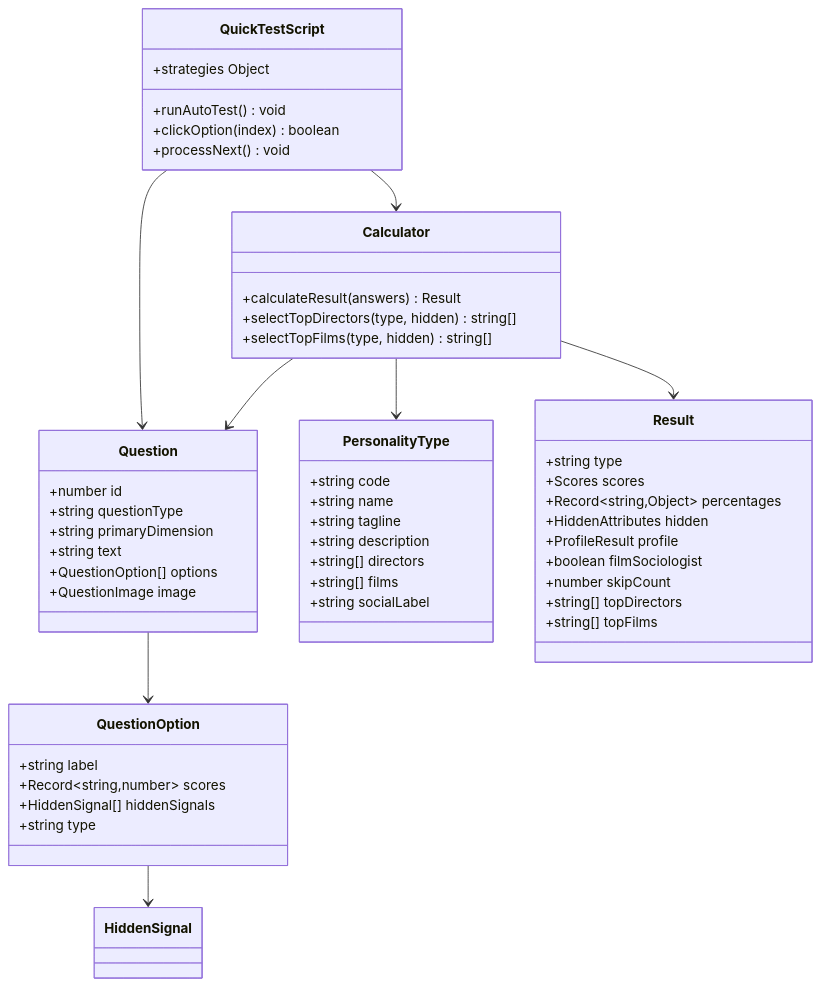
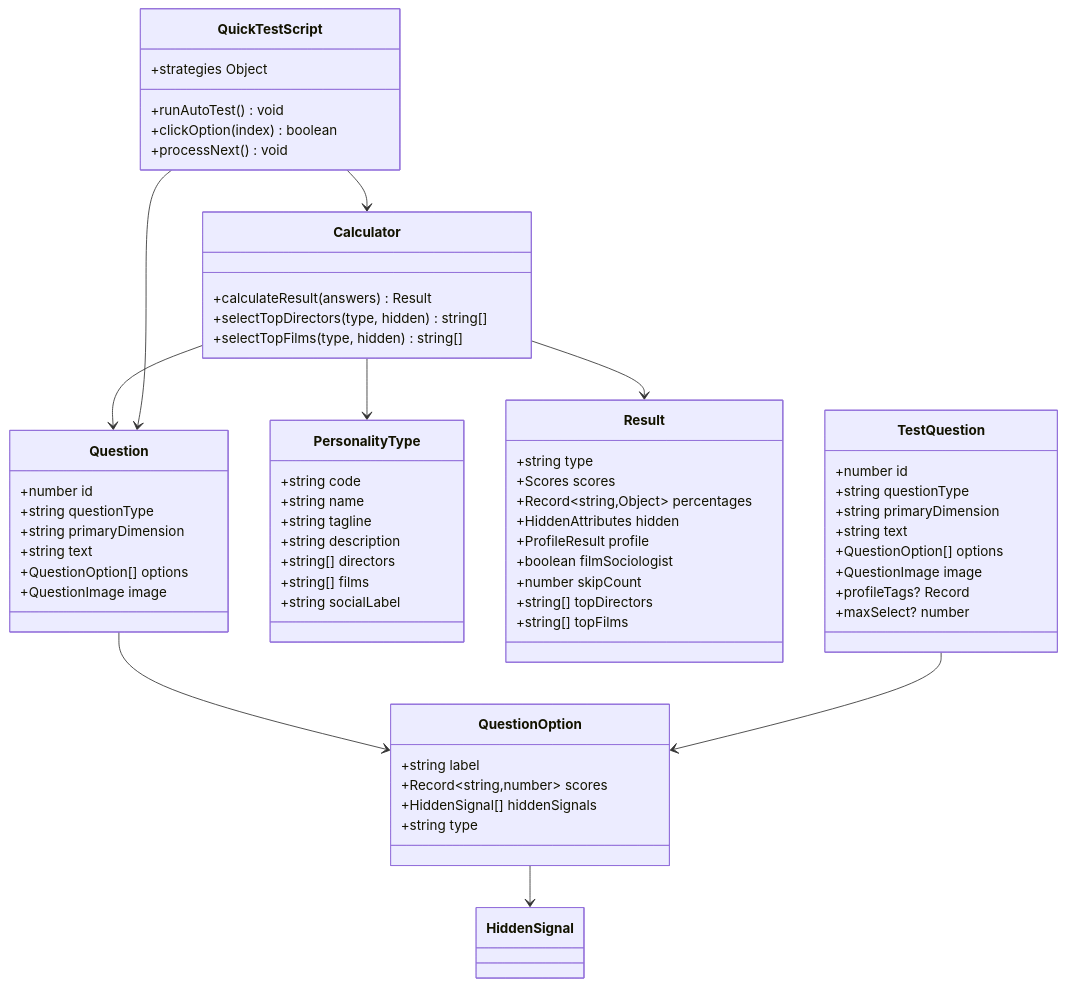
One commit to Dragon0412/fbti-app changed the third of 6 diagrams in .qoder/repowiki/zh/content/核心功能模块/双版本测试系统.md. Above: the diagram before and after it, drawn with Mermaid. The commit also changed other lines of this file and 14 other files, not shown here.

````diff
--- a/.qoder/repowiki/zh/content/核心功能模块/双版本测试系统.md
+++ b/.qoder/repowiki/zh/content/核心功能模块/双版本测试系统.md
@@ -191,55 +212,66 @@
 ```mermaid
 classDiagram
 class Question {
 +number id
 +string questionType
 +string primaryDimension
 +string text
 +QuestionOption[] options
 +QuestionImage image
 }
 class QuestionOption {
 +string label
 +Record~string,number~ scores
 +HiddenSignal[] hiddenSignals
 +string type
 }
 class PersonalityType {
 +string code
 +string name
 +string tagline
 +string description
 +string[] directors
 +string[] films
 +string socialLabel
 }
 class Result {
 +string type
 +Scores scores
 +Record~string,Object~ percentages
 +HiddenAttributes hidden
 +ProfileResult profile
 +boolean filmSociologist
 +number skipCount
 +string[] topDirectors
 +string[] topFilms
 }
 class Calculator {
 +calculateResult(answers) Result
 +selectTopDirectors(type, hidden) string[]
 +selectTopFilms(type, hidden) string[]
 }
 class QuickTestScript {
 +runAutoTest() void
 +clickOption(index) boolean
 +processNext() void
 +strategies Object
 }
+class TestQuestion {
++number id
++string questionType
++string primaryDimension
++string text
++QuestionOption[] options
++QuestionImage image
++profileTags? Record
++maxSelect? number
+}
 Question --> QuestionOption
 QuestionOption --> HiddenSignal
 Calculator --> Result
 Calculator --> Question
 Calculator --> PersonalityType
 QuickTestScript --> Question
 QuickTestScript --> Calculator
+TestQuestion --> QuestionOption
 ```
````
